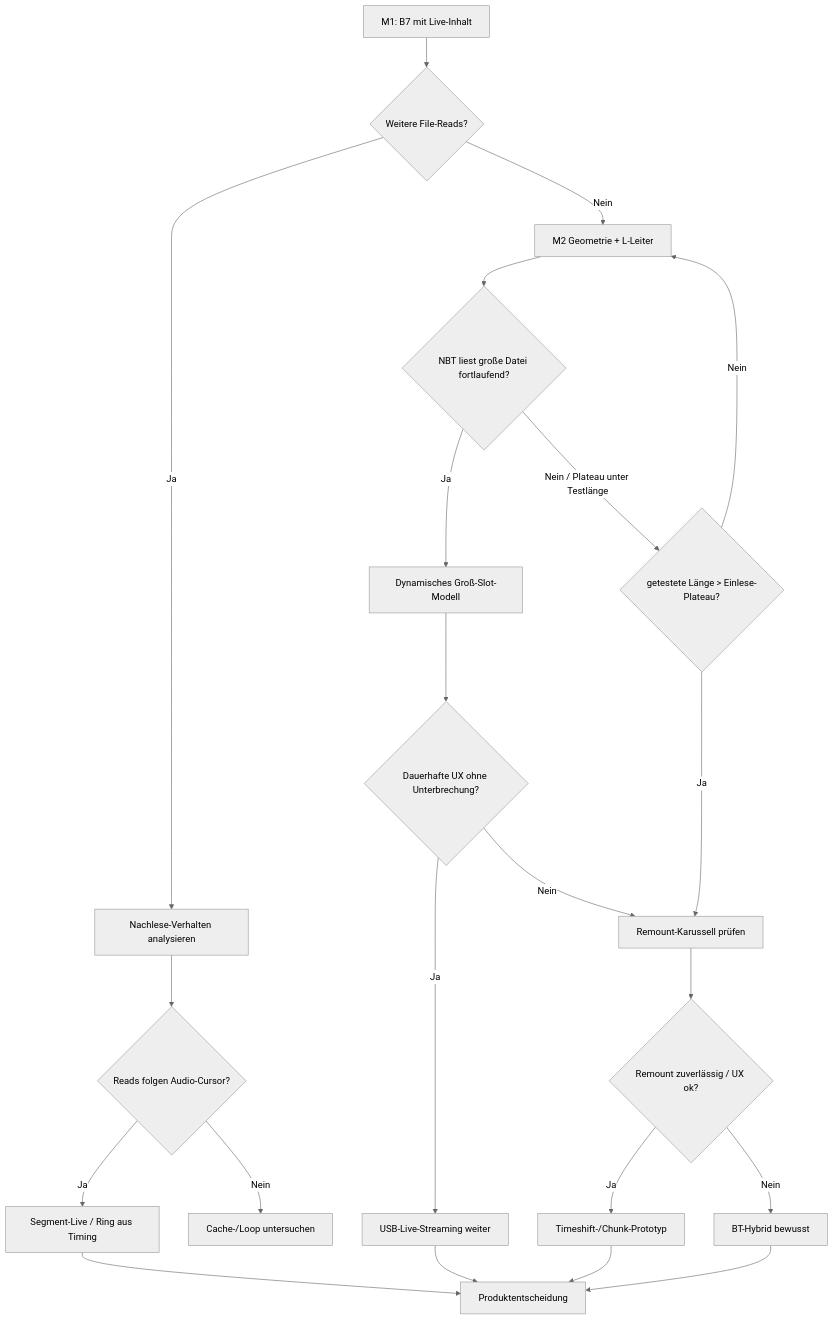
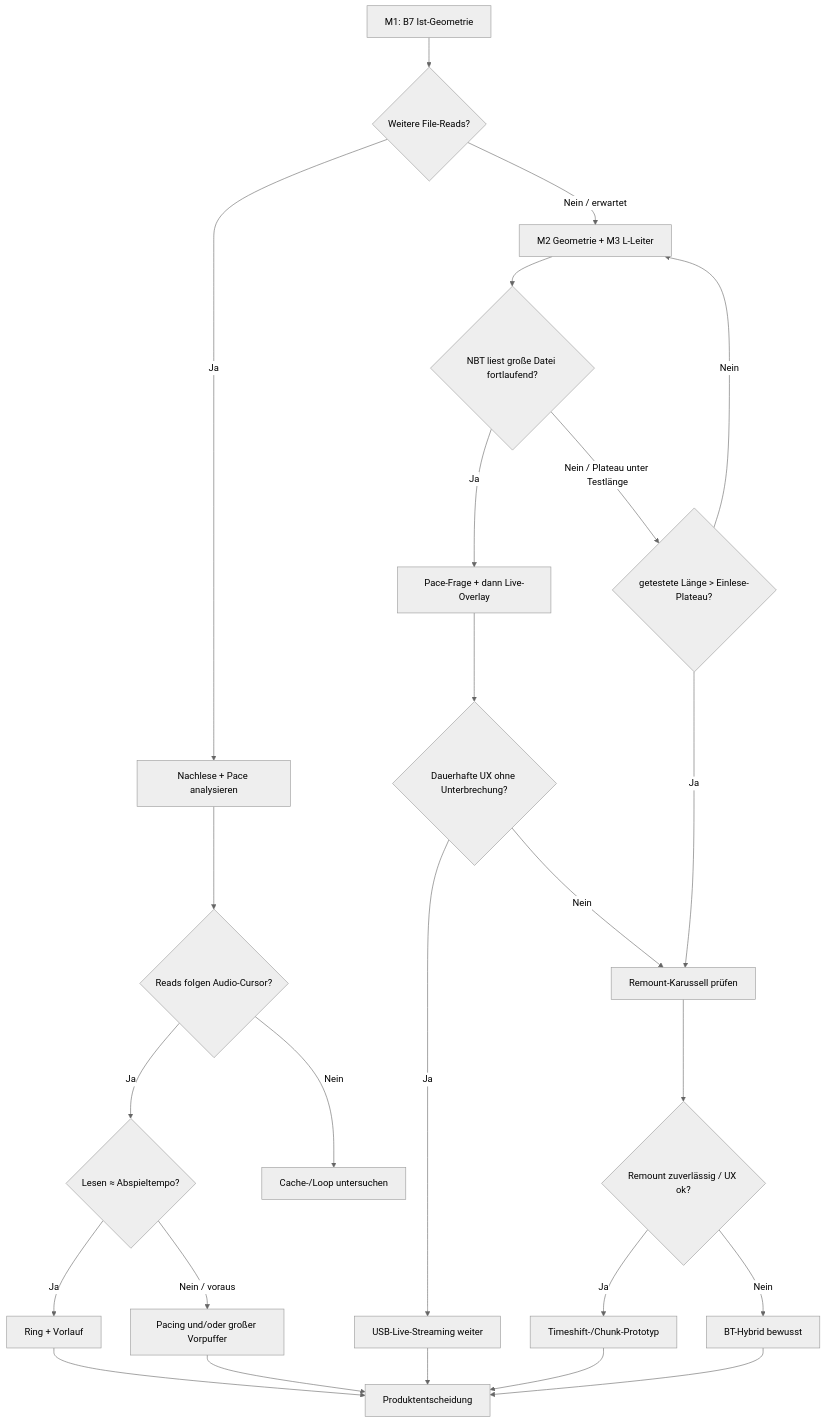
The diagram in docs/auftraege/AUFTRAG-MSC-HOST-READ-NACHWEIS.md (MPunktBPunkt/pidrive), drawn with Mermaid (neutral theme) before and after one commit. The commit also changed other lines of this file and 2 other files, not shown here.

Commit message:
Sharpen MSC plan: pace before ring, static L-ladder, L0 lab-first.

````diff
--- a/docs/auftraege/AUFTRAG-MSC-HOST-READ-NACHWEIS.md
+++ b/docs/auftraege/AUFTRAG-MSC-HOST-READ-NACHWEIS.md
@@ -25,30 +42,34 @@
 ```mermaid
 flowchart TD
-    A["M1: B7 mit Live-Inhalt"] --> B{"Weitere File-Reads?"}
-    B -->|"Ja"| C["Nachlese-Verhalten analysieren"]
-    B -->|"Nein"| D["M2 Geometrie + L-Leiter"]
+    A["M1: B7 Ist-Geometrie"] --> B{"Weitere File-Reads?"}
+    B -->|"Ja"| C["Nachlese + Pace analysieren"]
+    B -->|"Nein / erwartet"| D["M2 Geometrie + M3 L-Leiter"]
 
     C --> E{"Reads folgen Audio-Cursor?"}
-    E -->|"Ja"| F["Segment-Live / Ring aus Timing"]
+    E -->|"Ja"| PACE{"Lesen ≈ Abspieltempo?"}
     E -->|"Nein"| G["Cache-/Loop untersuchen"]
 
+    PACE -->|"Ja"| F["Ring + Vorlauf"]
+    PACE -->|"Nein / voraus"| PACING["Pacing und/oder großer Vorpuffer"]
+
     D --> H{"NBT liest große Datei fortlaufend?"}
-    H -->|"Ja"| I["Dynamisches Groß-Slot-Modell"]
+    H -->|"Ja"| I["Pace-Frage + dann Live-Overlay"]
     H -->|"Nein / Plateau unter Testlänge"| J{"getestete Länge > Einlese-Plateau?"}
 
     J -->|"Nein"| D
     J -->|"Ja"| K["Remount-Karussell prüfen"]
 
     I --> L{"Dauerhafte UX ohne Unterbrechung?"}
     L -->|"Ja"| M["USB-Live-Streaming weiter"]
     L -->|"Nein"| K
 
     K --> N{"Remount zuverlässig / UX ok?"}
     N -->|"Ja"| O["Timeshift-/Chunk-Prototyp"]
     N -->|"Nein"| P["BT-Hybrid bewusst"]
 
     O --> Q["Produktentscheidung"]
     P --> Q
     F --> Q
+    PACING --> Q
     M --> Q
 ```
````
